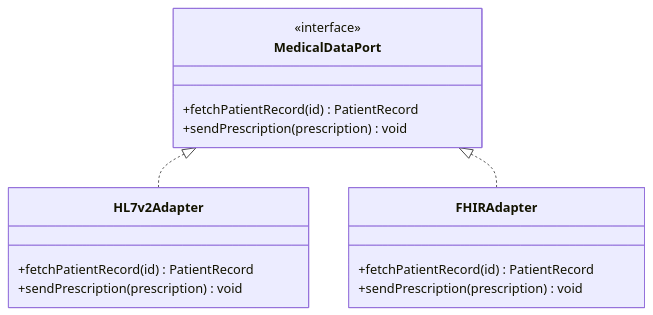
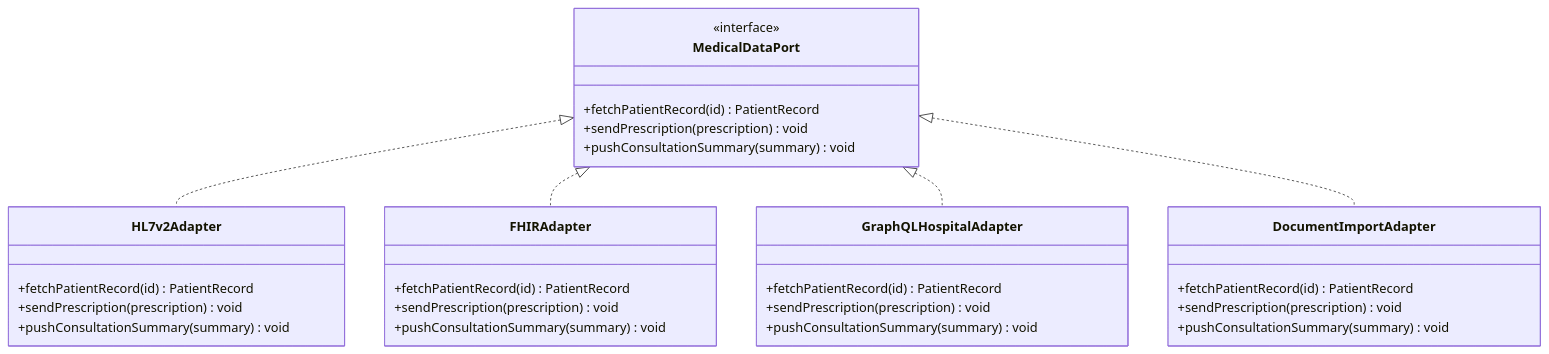
One commit to benoit-bremaud/eval-archi-healthruralnet changed the first of 4 diagrams in docs/part3-design-patterns.md. Above: the diagram before and after it, drawn with Mermaid. The commit also changed other lines of this file and 1 other file, not shown here.

````diff
--- a/docs/part3-design-patterns.md
+++ b/docs/part3-design-patterns.md
@@ -43,18 +55,33 @@
 ```mermaid
 classDiagram
     class MedicalDataPort {
         <<interface>>
         +fetchPatientRecord(id) PatientRecord
         +sendPrescription(prescription) void
+        +pushConsultationSummary(summary) void
     }
     class HL7v2Adapter {
         +fetchPatientRecord(id) PatientRecord
         +sendPrescription(prescription) void
+        +pushConsultationSummary(summary) void
     }
     class FHIRAdapter {
         +fetchPatientRecord(id) PatientRecord
         +sendPrescription(prescription) void
+        +pushConsultationSummary(summary) void
+    }
+    class GraphQLHospitalAdapter {
+        +fetchPatientRecord(id) PatientRecord
+        +sendPrescription(prescription) void
+        +pushConsultationSummary(summary) void
+    }
+    class DocumentImportAdapter {
+        +fetchPatientRecord(id) PatientRecord
+        +sendPrescription(prescription) void
+        +pushConsultationSummary(summary) void
     }
     MedicalDataPort <|.. HL7v2Adapter
     MedicalDataPort <|.. FHIRAdapter
+    MedicalDataPort <|.. GraphQLHospitalAdapter
+    MedicalDataPort <|.. DocumentImportAdapter
 ```
````
